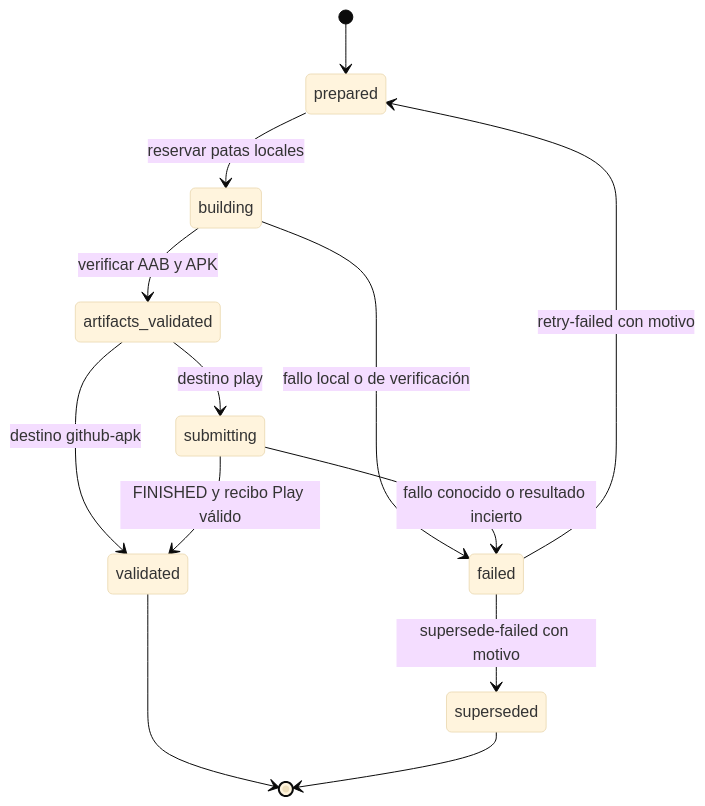
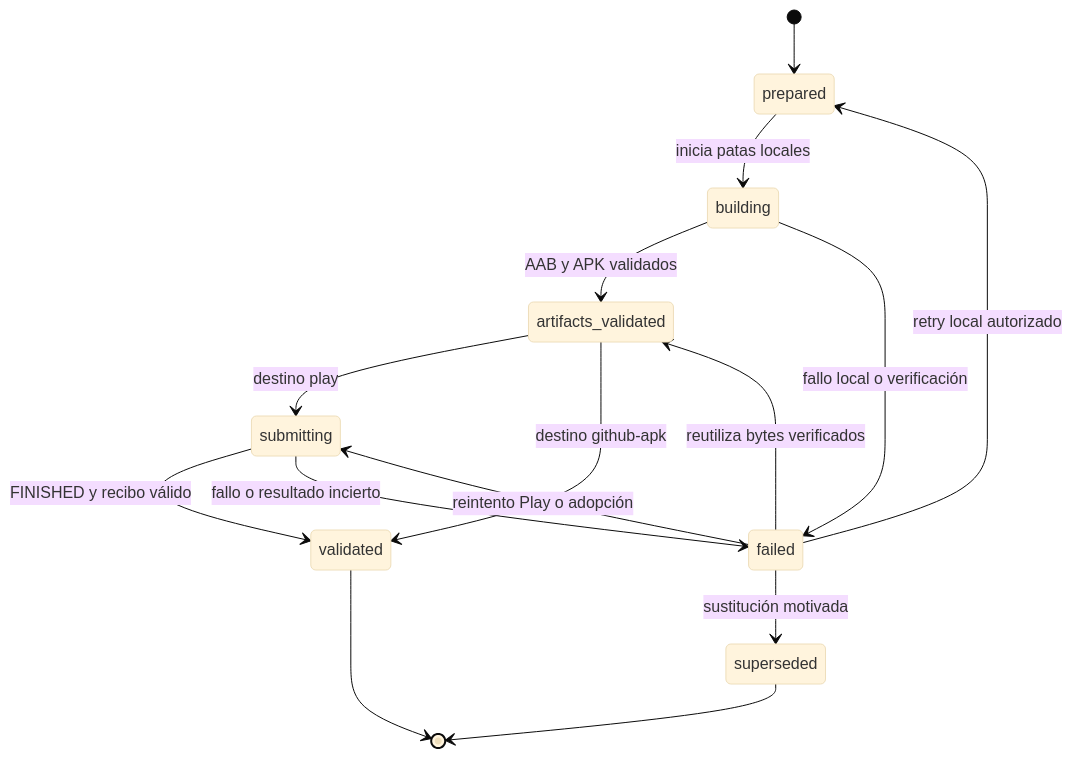
One commit to maximofn/gymnasia changed the fifth of 5 diagrams in openwiki/operations/build-release-and-testing.md. Above: the diagram before and after it, drawn with Mermaid (base theme). The commit also changed other lines of this file and 9 other files, not shown here.

````diff
--- a/openwiki/operations/build-release-and-testing.md
+++ b/openwiki/operations/build-release-and-testing.md
@@ -331,15 +331,17 @@
 ```mermaid
 stateDiagram-v2
     [*] --> prepared
-    prepared --> building: reservar patas locales
-    building --> artifacts_validated: verificar AAB y APK
-    building --> failed: fallo local o de verificación
+    prepared --> building: inicia patas locales
+    building --> artifacts_validated: AAB y APK validados
+    building --> failed: fallo local o verificación
     artifacts_validated --> submitting: destino play
     artifacts_validated --> validated: destino github-apk
-    submitting --> validated: FINISHED y recibo Play válido
-    submitting --> failed: fallo conocido o resultado incierto
-    failed --> prepared: retry-failed con motivo
-    failed --> superseded: supersede-failed con motivo
+    submitting --> validated: FINISHED y recibo válido
+    submitting --> failed: fallo o resultado incierto
+    failed --> prepared: retry local autorizado
+    failed --> artifacts_validated: reutiliza bytes verificados
+    failed --> submitting: reintento Play o adopción
+    failed --> superseded: sustitución motivada
     validated --> [*]
     superseded --> [*]
 ```
````
